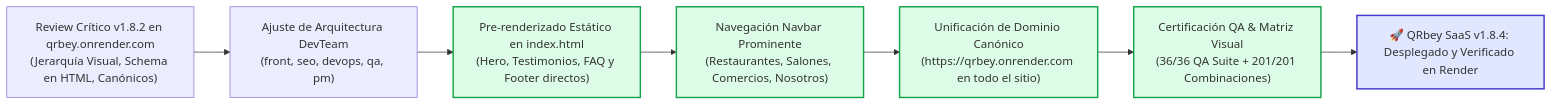
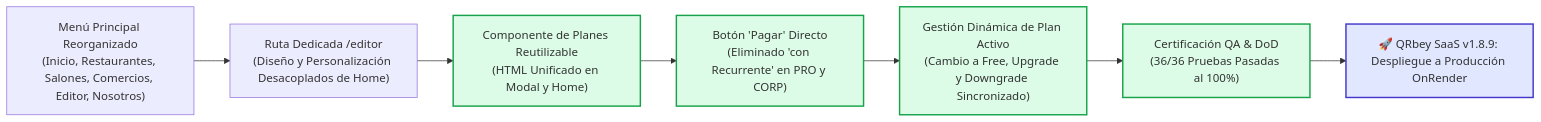
One commit to paolapaz202504/QRgenerator changed the diagram in PROJECT_STATUS_QRGENERATOR.md. Above: the diagram before and after it, drawn with Mermaid. The commit also changed other lines of this file and 11 other files, not shown here.

Commit message:
feat(v1.8.9): unificacion de componente de planes reutilizable en modal y home, botones Pagar y cambio de plan activo

````diff
--- a/PROJECT_STATUS_QRGENERATOR.md
+++ b/PROJECT_STATUS_QRGENERATOR.md
@@ -12,15 +12,15 @@
 ```mermaid
 flowchart LR
-    A["Review Crítico v1.8.2 en qrbey.onrender.com\n(Jerarquía Visual, Schema en HTML, Canónicos)"] --> B["Ajuste de Arquitectura DevTeam\n(front, seo, devops, qa, pm)"]
-    B --> C["Pre-renderizado Estático en index.html\n(Hero, Testimonios, FAQ y Footer directos)"]
-    C --> D["Navegación Navbar Prominente\n(Restaurantes, Salones, Comercios, Nosotros)"]
-    D --> E["Unificación de Dominio Canónico\n(https://qrbey.onrender.com en todo el sitio)"]
-    E --> F["Certificación QA & Matriz Visual\n(36/36 QA Suite + 201/201 Combinaciones)"]
-    F --> G["🚀 QRbey SaaS v1.8.4: Desplegado y Verificado en Render"]
+    A["Menú Principal Reorganizado\n(Inicio, Restaurantes, Salones, Comercios, Editor, Nosotros)"] --> B["Ruta Dedicada /editor\n(Diseño y Personalización Desacoplados de Home)"]
+    B --> C["Componente de Planes Reutilizable\n(HTML Unificado en Modal y Home)"]
+    C --> D["Botón 'Pagar' Directo\n(Eliminado 'con Recurrente' en PRO y CORP)"]
+    D --> E["Gestión Dinámica de Plan Activo\n(Cambio a Free, Upgrade y Downgrade Sincronizado)"]
+    E --> F["Certificación QA & DoD\n(36/36 Pruebas Pasadas al 100%)"]
+    F --> G["🚀 QRbey SaaS v1.8.9: Despliegue a Producción OnRender"]
     
     style C fill:#dcfce7,stroke:#16a34a,stroke-width:2px
     style D fill:#dcfce7,stroke:#16a34a,stroke-width:2px
     style E fill:#dcfce7,stroke:#16a34a,stroke-width:2px
     style F fill:#dcfce7,stroke:#16a34a,stroke-width:2px
     style G fill:#e0e7ff,stroke:#4338ca,stroke-width:2px
 ```
````
